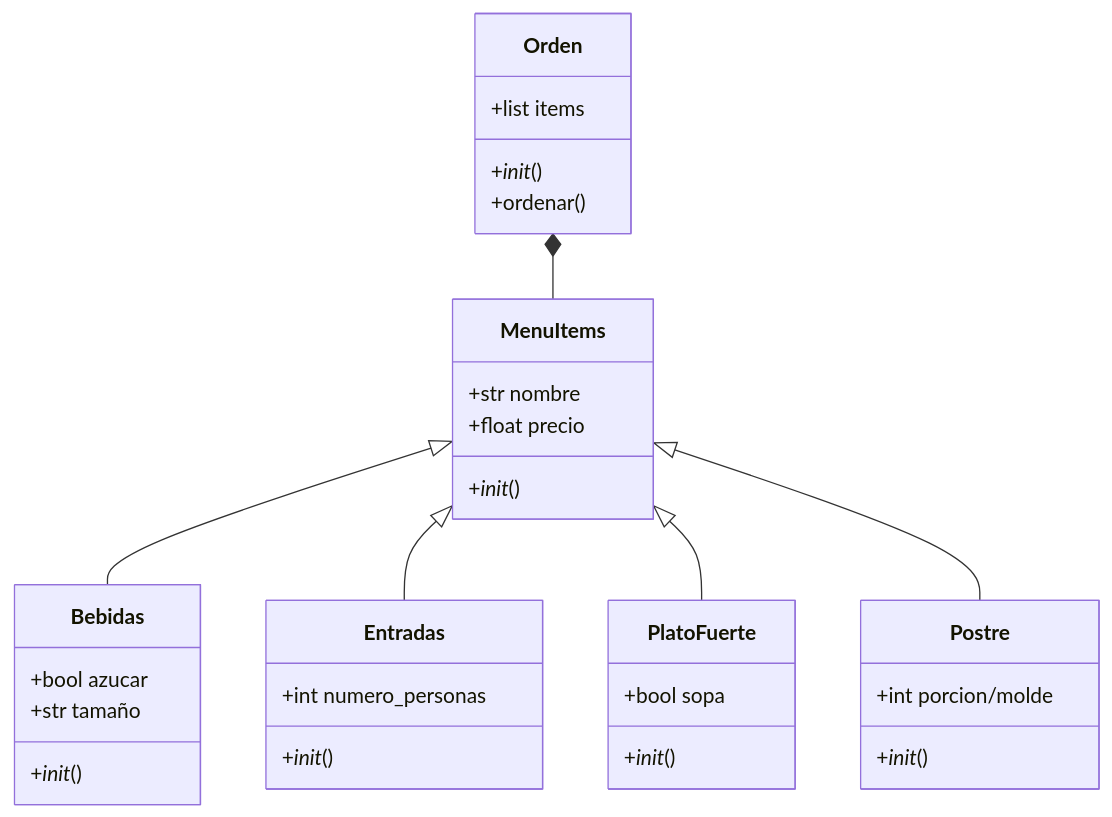
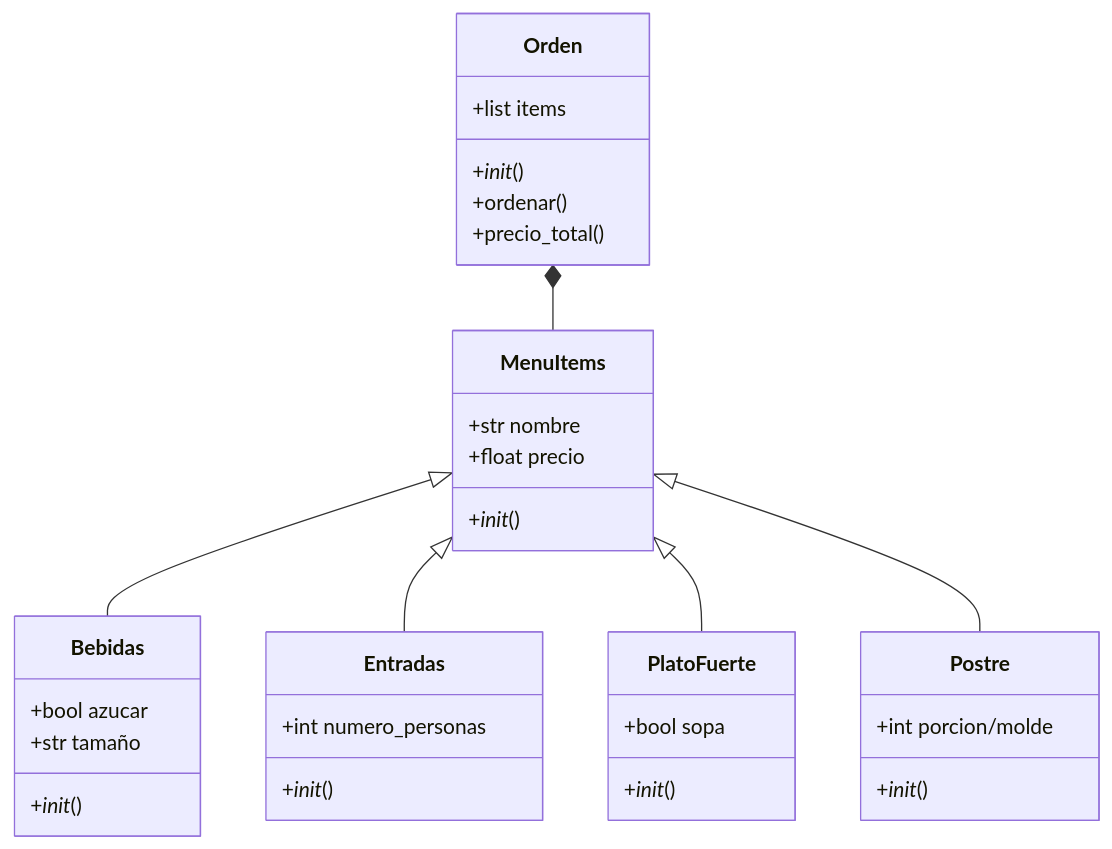
The diagram in Diagrama de clases.md (Taizooavila/Reto_3), drawn with Mermaid before and after one commit.

Commit message:
Update Diagrama de clases.md

````diff
--- a/Diagrama de clases.md
+++ b/Diagrama de clases.md
@@ -3,36 +3,37 @@
 ```mermaid
 classDiagram
 direction TB
   class Orden {
       +list items
       +_init_()
       +ordenar()
+      +precio_total()
   }
   class MenuItems{
     +str nombre
       +float precio
       +_init_()
   }
   class Bebidas {
     +bool azucar
       +str tamaño
       +_init_()
   }
   class Entradas {
     +int numero_personas
       +_init_()
   }
   class PlatoFuerte{
       +bool sopa
       +_init_()
   }
   class Postre{
       +int porcion/molde
       +_init_()
   }
   Orden *-- MenuItems
   MenuItems <|-- Bebidas
   MenuItems <|-- Entradas
   MenuItems <|-- PlatoFuerte
   MenuItems <|-- Postre
 ```
````
